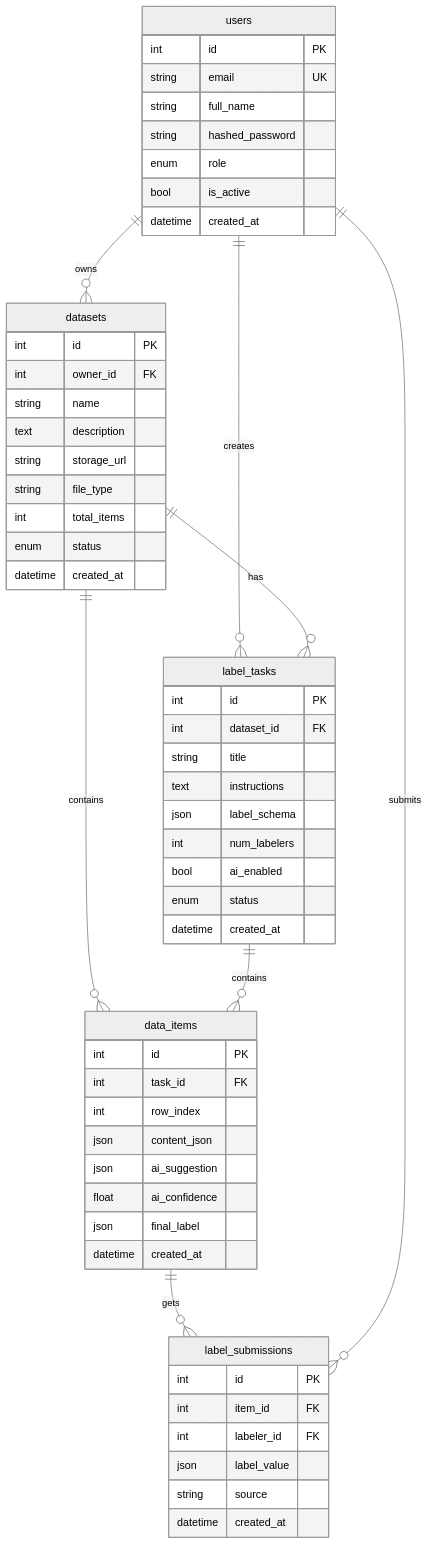
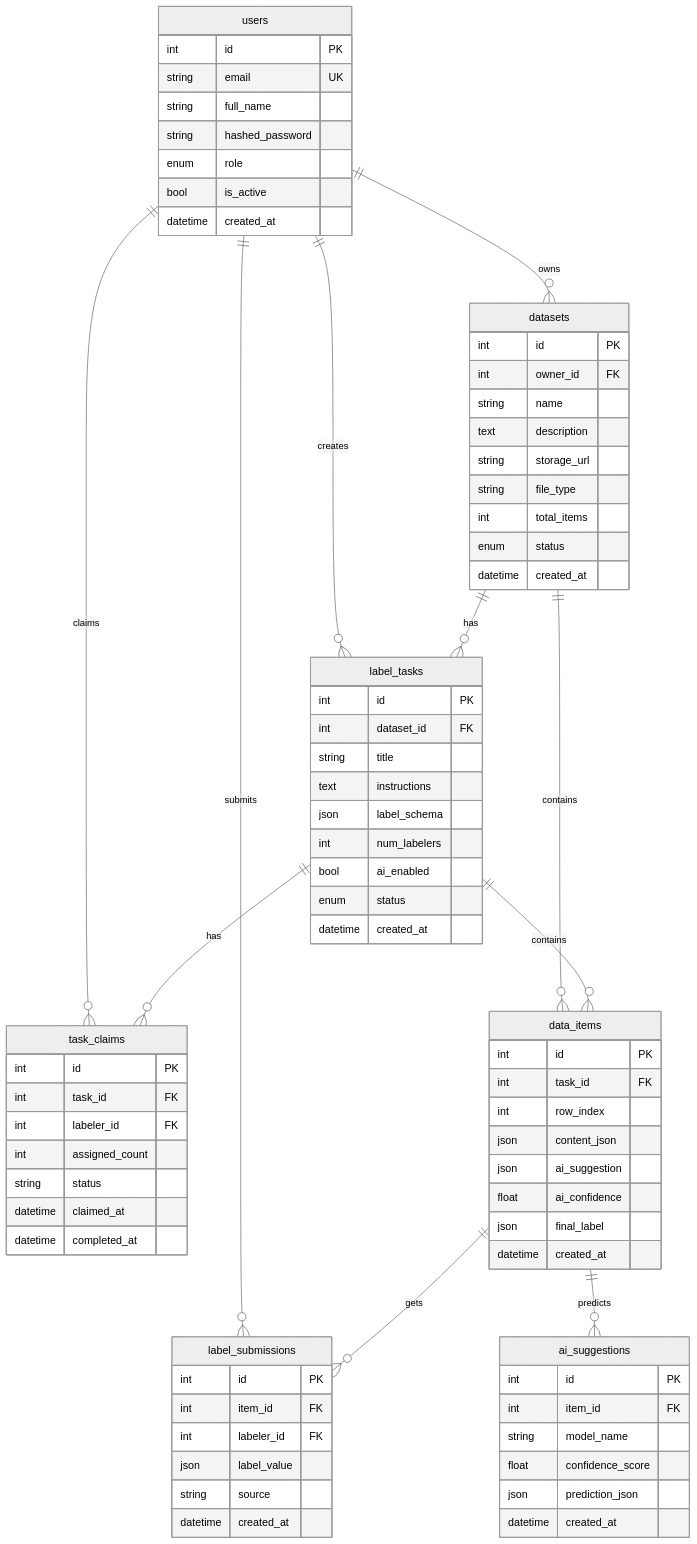
The diagram in docs/diagrams/er.md (Unknown420-alt/ai-dataset-labeling-marketplace), drawn with Mermaid (neutral theme) before and after one commit. The commit also changed other lines of this file and 4 other files, not shown here.

Commit message:
docs: add changelog and refresh diagrams for 7-table schema

````diff
--- a/docs/diagrams/er.md
+++ b/docs/diagrams/er.md
@@ -4,11 +4,14 @@
 erDiagram
     users ||--o{ datasets : owns
     users ||--o{ label_tasks : creates
+    users ||--o{ label_submissions : submits
+    users ||--o{ task_claims : claims
     datasets ||--o{ label_tasks : has
     datasets ||--o{ data_items : contains
     label_tasks ||--o{ data_items : contains
+    label_tasks ||--o{ task_claims : has
     data_items ||--o{ label_submissions : gets
-    users ||--o{ label_submissions : submits
+    data_items ||--o{ ai_suggestions : predicts
 
     users {
         int id PK
@@ -63,4 +66,23 @@
         string source
         datetime created_at
     }
+
+    task_claims {
+        int id PK
+        int task_id FK
+        int labeler_id FK
+        int assigned_count
+        string status
+        datetime claimed_at
+        datetime completed_at
+    }
+
+    ai_suggestions {
+        int id PK
+        int item_id FK
+        string model_name
+        float confidence_score
+        json prediction_json
+        datetime created_at
+    }
 ```
````
